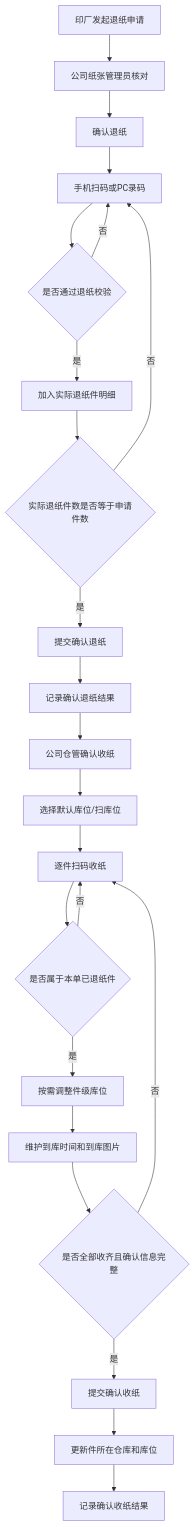
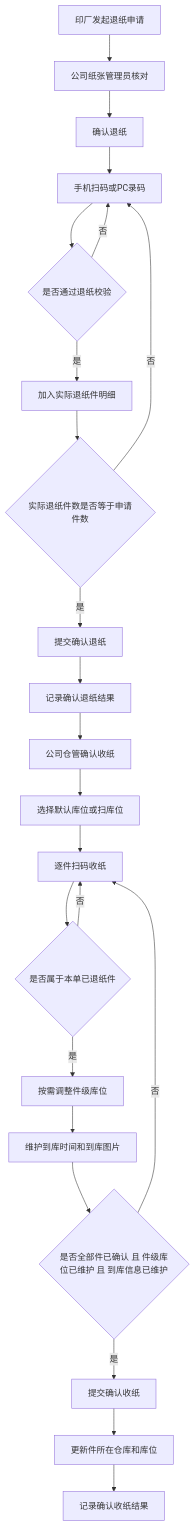
The third of 3 diagrams in 3-纸张管理扫码出入库/纸张管理迭代需求文档_2026-03-18.md (22816523/math-kids), drawn with Mermaid before and after one commit. The commit also changed other lines of this file and 12 other files, not shown here.

````diff
--- a/3-纸张管理扫码出入库/纸张管理迭代需求文档_2026-03-18.md
+++ b/3-纸张管理扫码出入库/纸张管理迭代需求文档_2026-03-18.md
@@ -247,25 +261,25 @@
 ```mermaid
 graph TD
 A[印厂发起退纸申请] --> B[公司纸张管理员核对]
 B --> C[确认退纸]
 C --> D[手机扫码或PC录码]
 D --> E{是否通过退纸校验}
 E -->|否| D
 E -->|是| F[加入实际退纸件明细]
 F --> G{实际退纸件数是否等于申请件数}
 G -->|否| D
 G -->|是| H[提交确认退纸]
 H --> I[记录确认退纸结果]
 I --> J[公司仓管确认收纸]
-J --> K[选择默认库位/扫库位]
+J --> K[选择默认库位或扫库位]
 K --> L[逐件扫码收纸]
 L --> M{是否属于本单已退纸件}
 M -->|否| L
 M -->|是| N[按需调整件级库位]
 N --> O[维护到库时间和到库图片]
-O --> P{是否全部收齐且确认信息完整}
+O --> P{是否全部件已确认 且 件级库位已维护 且 到库信息已维护}
 P -->|否| L
 P -->|是| Q[提交确认收纸]
 Q --> R[更新件所在仓库和库位]
 R --> S[记录确认收纸结果]
 ```
````
